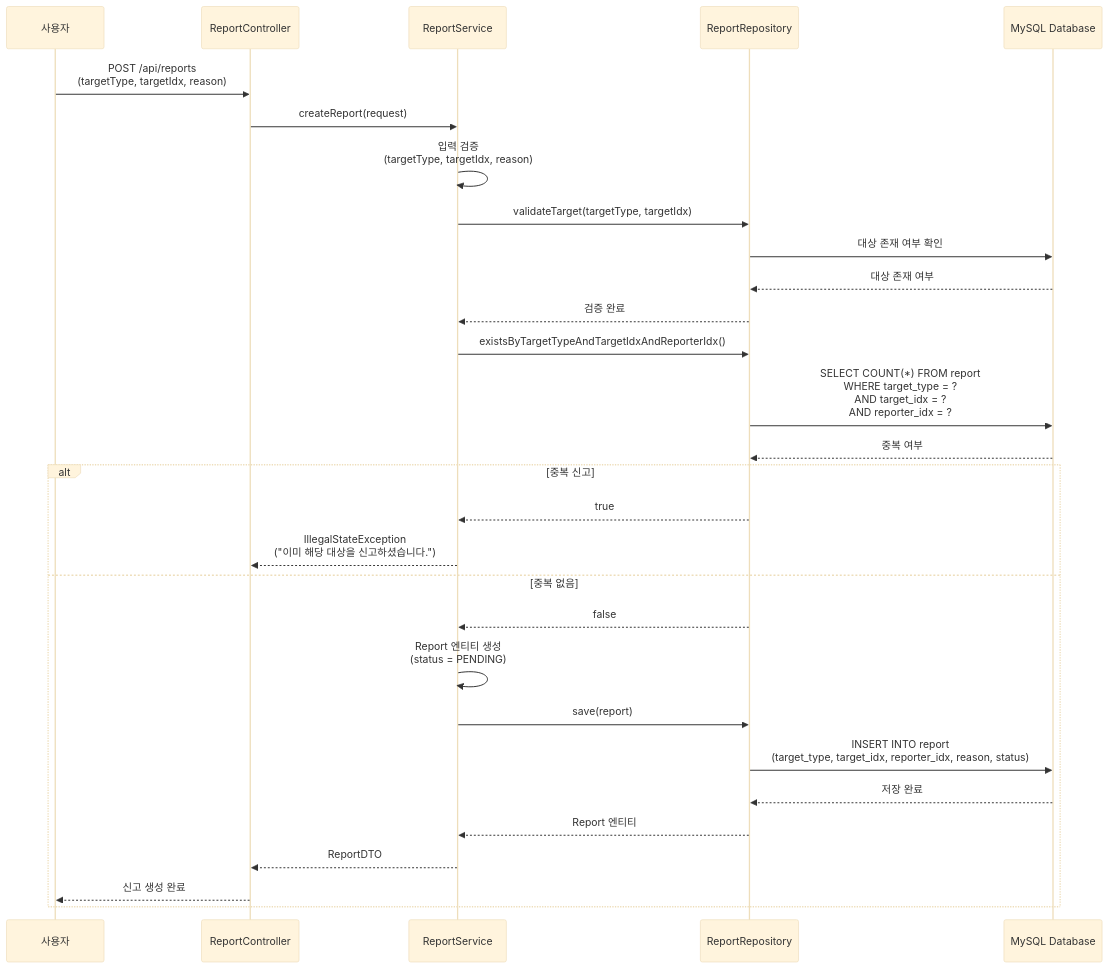
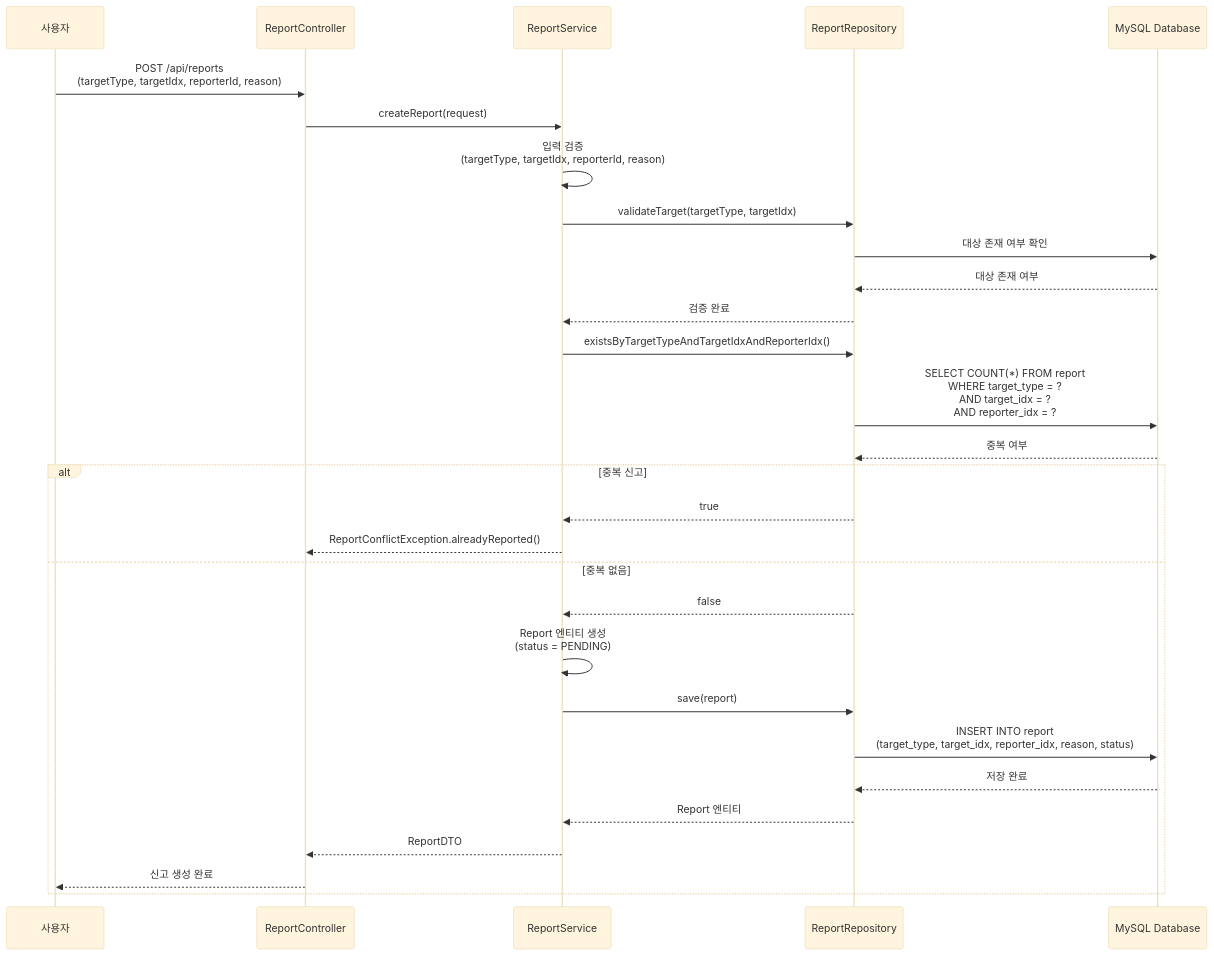
Before and after one commit to makkong1/Petory: the second of 5 diagrams in docs/architecture/신고 및 제재 시스템 아키텍처.md, drawn with Mermaid (base theme). The commit also changed other lines of this file and 12 other files, not shown here.

Commit message:
docs(architecture): 도메인 아키텍처 문서를 최신 코드·API와 동기화

````diff
--- a/docs/architecture/신고 및 제재 시스템 아키텍처.md
+++ b/docs/architecture/신고 및 제재 시스템 아키텍처.md
@@ -716,36 +736,36 @@
 ```mermaid
 sequenceDiagram
     participant User as 사용자
     participant RC as ReportController
     participant RS as ReportService
     participant RR as ReportRepository
     participant MySQL as MySQL Database
     
-    User->>RC: POST /api/reports<br/>(targetType, targetIdx, reason)
+    User->>RC: POST /api/reports<br/>(targetType, targetIdx, reporterId, reason)
     RC->>RS: createReport(request)
     
-    RS->>RS: 입력 검증<br/>(targetType, targetIdx, reason)
+    RS->>RS: 입력 검증<br/>(targetType, targetIdx, reporterId, reason)
     
     RS->>RR: validateTarget(targetType, targetIdx)
     RR->>MySQL: 대상 존재 여부 확인
     MySQL-->>RR: 대상 존재 여부
     RR-->>RS: 검증 완료
     
     RS->>RR: existsByTargetTypeAndTargetIdxAndReporterIdx()
     RR->>MySQL: SELECT COUNT(*) FROM report<br/>WHERE target_type = ?<br/>AND target_idx = ?<br/>AND reporter_idx = ?
     MySQL-->>RR: 중복 여부
     
     alt 중복 신고
         RR-->>RS: true
-        RS-->>RC: IllegalStateException<br/>("이미 해당 대상을 신고하셨습니다.")
+        RS-->>RC: ReportConflictException.alreadyReported()
     else 중복 없음
         RR-->>RS: false
         RS->>RS: Report 엔티티 생성<br/>(status = PENDING)
         RS->>RR: save(report)
         RR->>MySQL: INSERT INTO report<br/>(target_type, target_idx, reporter_idx, reason, status)
         MySQL-->>RR: 저장 완료
         RR-->>RS: Report 엔티티
         RS-->>RC: ReportDTO
         RC-->>User: 신고 생성 완료
     end
 ```
````
